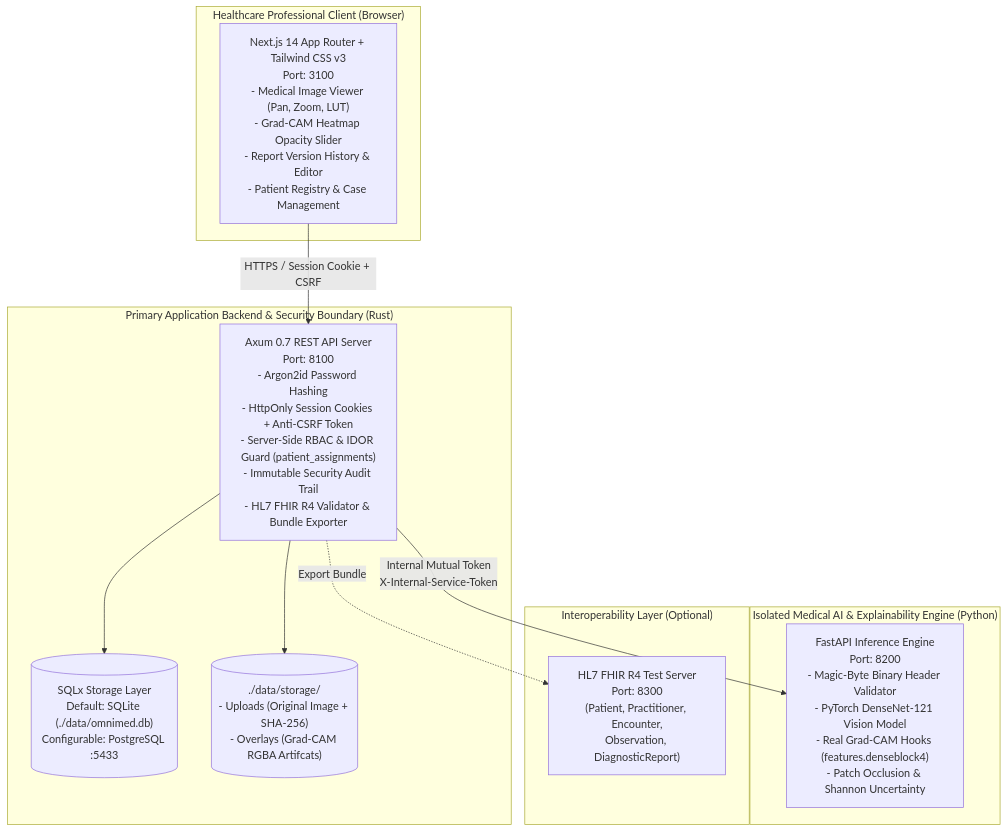
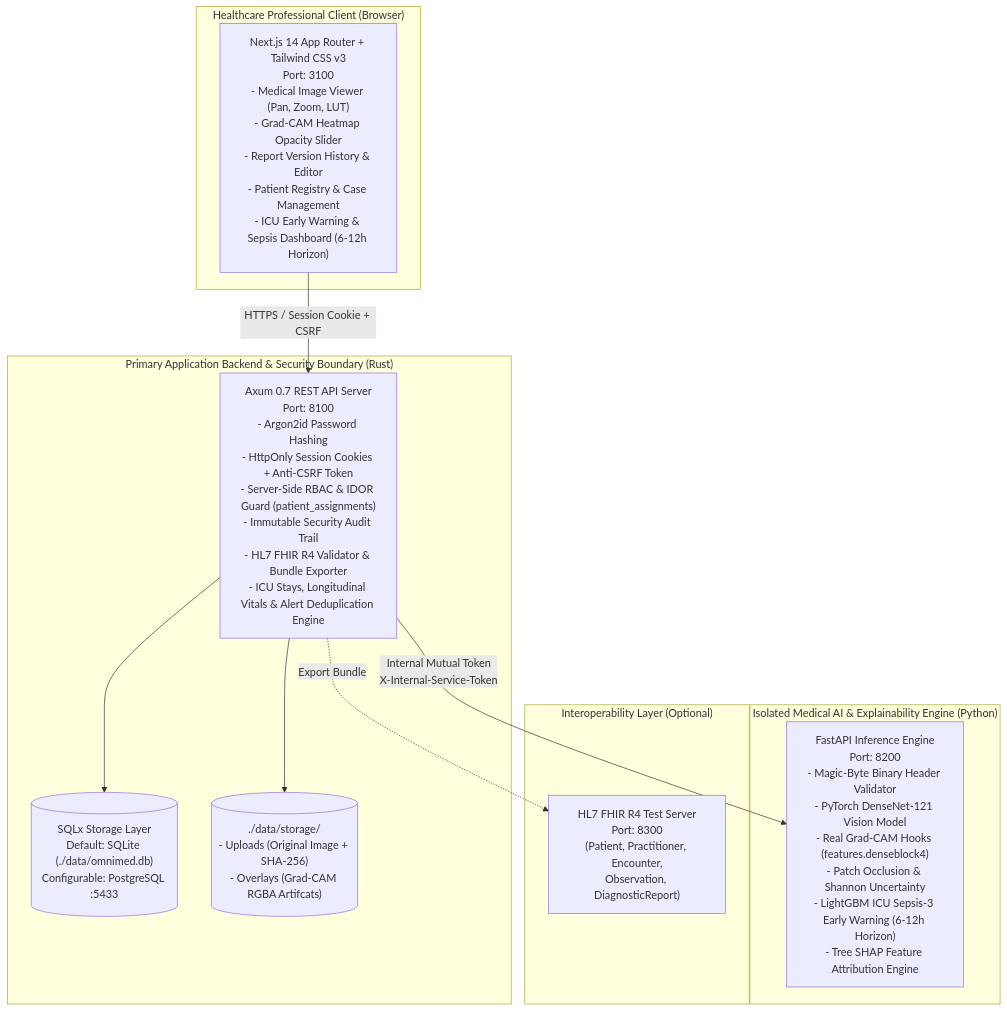
One commit to MTaufikIqball00/OmniMed-Insight changed the diagram in README.md. Above: the diagram before and after it, drawn with Mermaid. The commit also changed other lines of this file and 165 other files, not shown here.

First line of the commit message:
feat(icu): implement ICU early warning system, 6-12h sepsis prediction, and archive2 cohort integration

````diff
--- a/README.md
+++ b/README.md
@@ -75,26 +75,26 @@
 ```mermaid
 flowchart TD
     subgraph Client["Healthcare Professional Client (Browser)"]
-        UI["Next.js 14 App Router + Tailwind CSS v3\nPort: 3100\n- Medical Image Viewer (Pan, Zoom, LUT)\n- Grad-CAM Heatmap Opacity Slider\n- Report Version History & Editor\n- Patient Registry & Case Management"]
+        UI["Next.js 14 App Router + Tailwind CSS v3\nPort: 3100\n- Medical Image Viewer (Pan, Zoom, LUT)\n- Grad-CAM Heatmap Opacity Slider\n- Report Version History & Editor\n- Patient Registry & Case Management\n- ICU Early Warning & Sepsis Dashboard (6-12h Horizon)"]
     end
 
     subgraph SecurityBoundary["Primary Application Backend & Security Boundary (Rust)"]
-        Axum["Axum 0.7 REST API Server\nPort: 8100\n- Argon2id Password Hashing\n- HttpOnly Session Cookies + Anti-CSRF Token\n- Server-Side RBAC & IDOR Guard (patient_assignments)\n- Immutable Security Audit Trail\n- HL7 FHIR R4 Validator & Bundle Exporter"]
+        Axum["Axum 0.7 REST API Server\nPort: 8100\n- Argon2id Password Hashing\n- HttpOnly Session Cookies + Anti-CSRF Token\n- Server-Side RBAC & IDOR Guard (patient_assignments)\n- Immutable Security Audit Trail\n- HL7 FHIR R4 Validator & Bundle Exporter\n- ICU Stays, Longitudinal Vitals & Alert Deduplication Engine"]
         DB[("SQLx Storage Layer\nDefault: SQLite (./data/omnimed.db)\nConfigurable: PostgreSQL :5433")]
         Storage[("./data/storage/\n- Uploads (Original Image + SHA-256)\n- Overlays (Grad-CAM RGBA Artifcats)")]
         Axum --> DB
         Axum --> Storage
     end
 
     subgraph AIService["Isolated Medical AI & Explainability Engine (Python)"]
-        FastAPI["FastAPI Inference Engine\nPort: 8200\n- Magic-Byte Binary Header Validator\n- PyTorch DenseNet-121 Vision Model\n- Real Grad-CAM Hooks (features.denseblock4)\n- Patch Occlusion & Shannon Uncertainty"]
+        FastAPI["FastAPI Inference Engine\nPort: 8200\n- Magic-Byte Binary Header Validator\n- PyTorch DenseNet-121 Vision Model\n- Real Grad-CAM Hooks (features.denseblock4)\n- Patch Occlusion & Shannon Uncertainty\n- LightGBM ICU Sepsis-3 Early Warning (6-12h Horizon)\n- Tree SHAP Feature Attribution Engine"]
     end
 
     subgraph Interop["Interoperability Layer (Optional)"]
         FHIRServer["HL7 FHIR R4 Test Server\nPort: 8300\n(Patient, Practitioner, Encounter,\nObservation, DiagnosticReport)"]
     end
 
     UI -->|HTTPS / Session Cookie + CSRF| Axum
     Axum -->|Internal Mutual Token\nX-Internal-Service-Token| FastAPI
     Axum -.->|Export Bundle| FHIRServer
 ```
````
